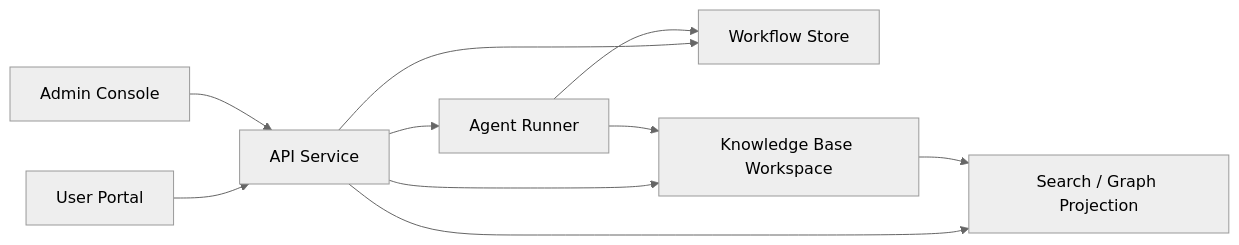
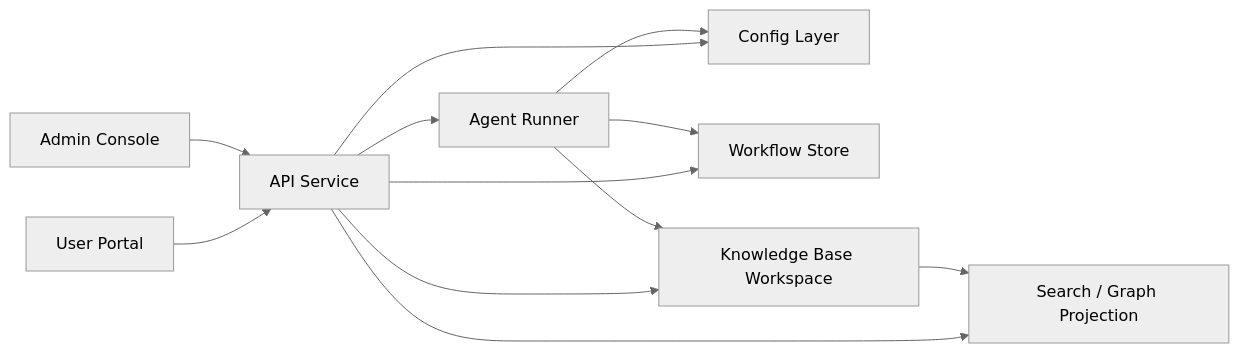
Before and after one commit to huyusong10/Sediment: the diagram in design/current/platform-architecture.md, drawn with Mermaid (neutral theme). The commit also changed other lines of this file and 31 other files, not shown here.

````diff
--- a/design/current/platform-architecture.md
+++ b/design/current/platform-architecture.md
@@ -30,12 +31,14 @@
 ```mermaid
 flowchart LR
     U["User Portal"] --> API["API Service"]
     A["Admin Console"] --> API
+    API --> CFG["Config Layer"]
     API --> DB["Workflow Store"]
     API --> IDX["Search / Graph Projection"]
     API --> KB["Knowledge Base Workspace"]
     API --> RUN["Agent Runner"]
+    RUN --> CFG
     RUN --> KB
     RUN --> DB
     KB --> IDX
 ```
````
